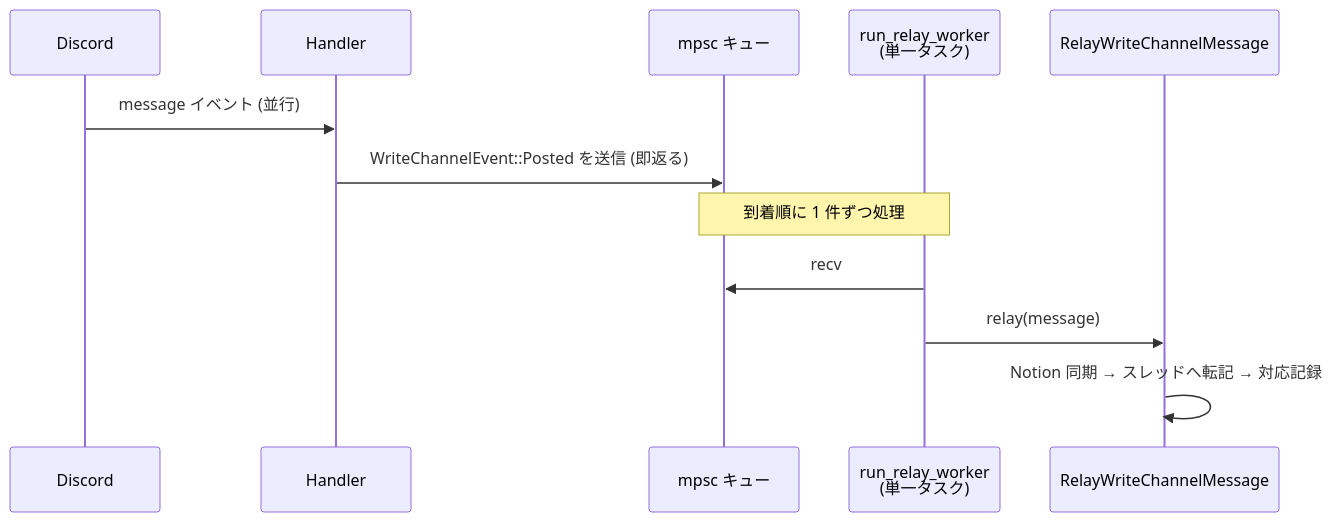
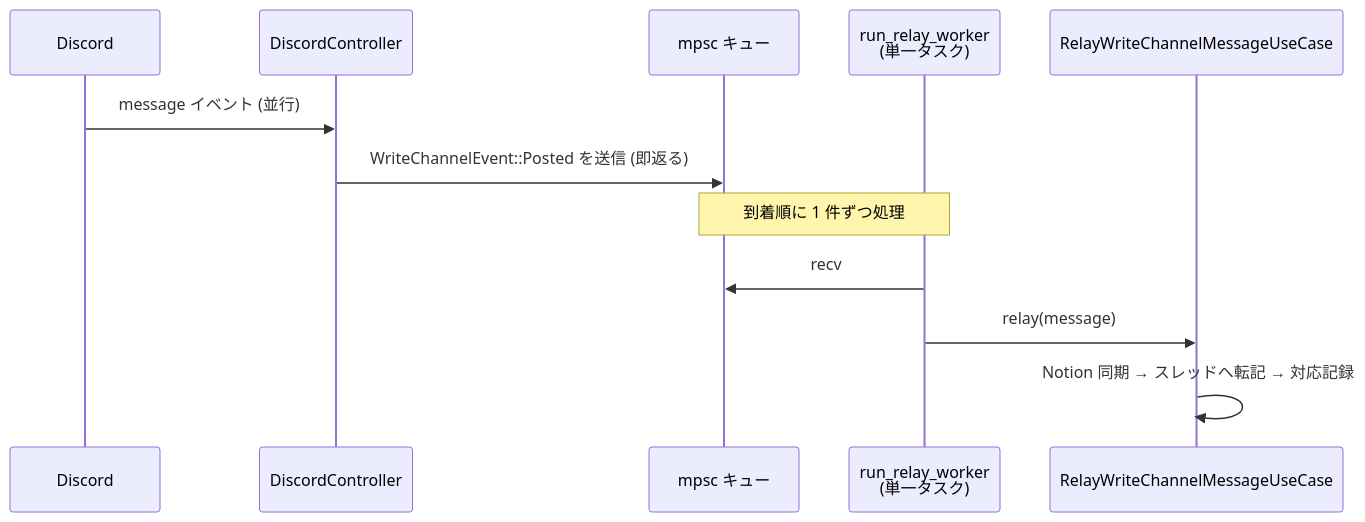
The third of 4 diagrams in docs/architecture.md (ekuinox/kgd), drawn with Mermaid before and after one commit. The commit also changed other lines of this file and 31 other files, not shown here.

First line of the commit message:
ユースケース型に UseCase サフィックスを付け Handler を DiscordController にリネーム

````diff
--- a/docs/architecture.md
+++ b/docs/architecture.md
@@ -110,15 +110,15 @@
 ```mermaid
 sequenceDiagram
     participant D as Discord
-    participant H as Handler
+    participant H as DiscordController
     participant Q as mpsc キュー
     participant W as run_relay_worker<br>(単一タスク)
-    participant RL as RelayWriteChannelMessage
+    participant RL as RelayWriteChannelMessageUseCase
 
     D->>H: message イベント (並行)
     H->>Q: WriteChannelEvent::Posted を送信 (即返る)
     Note over Q,W: 到着順に 1 件ずつ処理
     W->>Q: recv
     W->>RL: relay(message)
     RL->>RL: Notion 同期 → スレッドへ転記 → 対応記録
 ```
````
